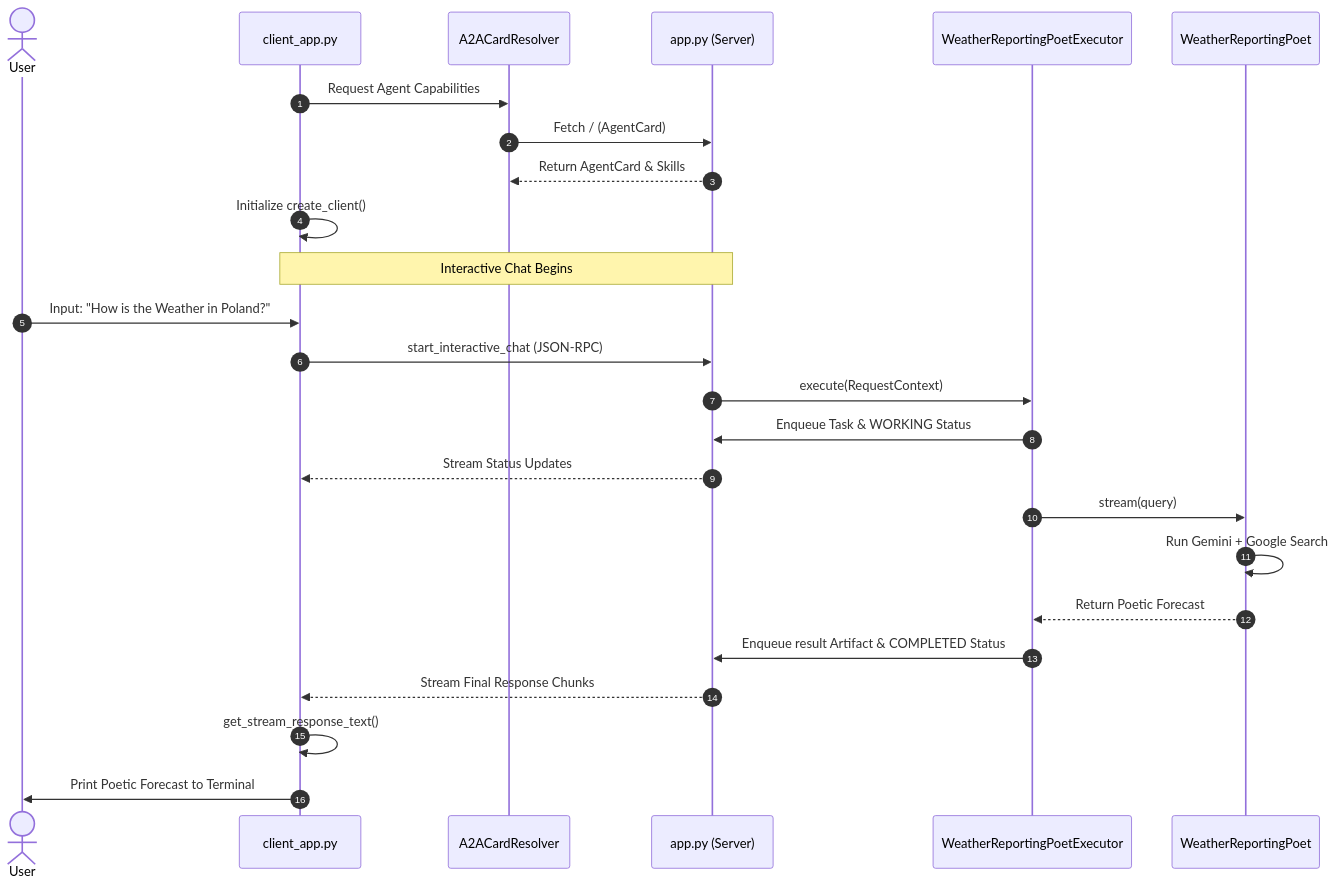
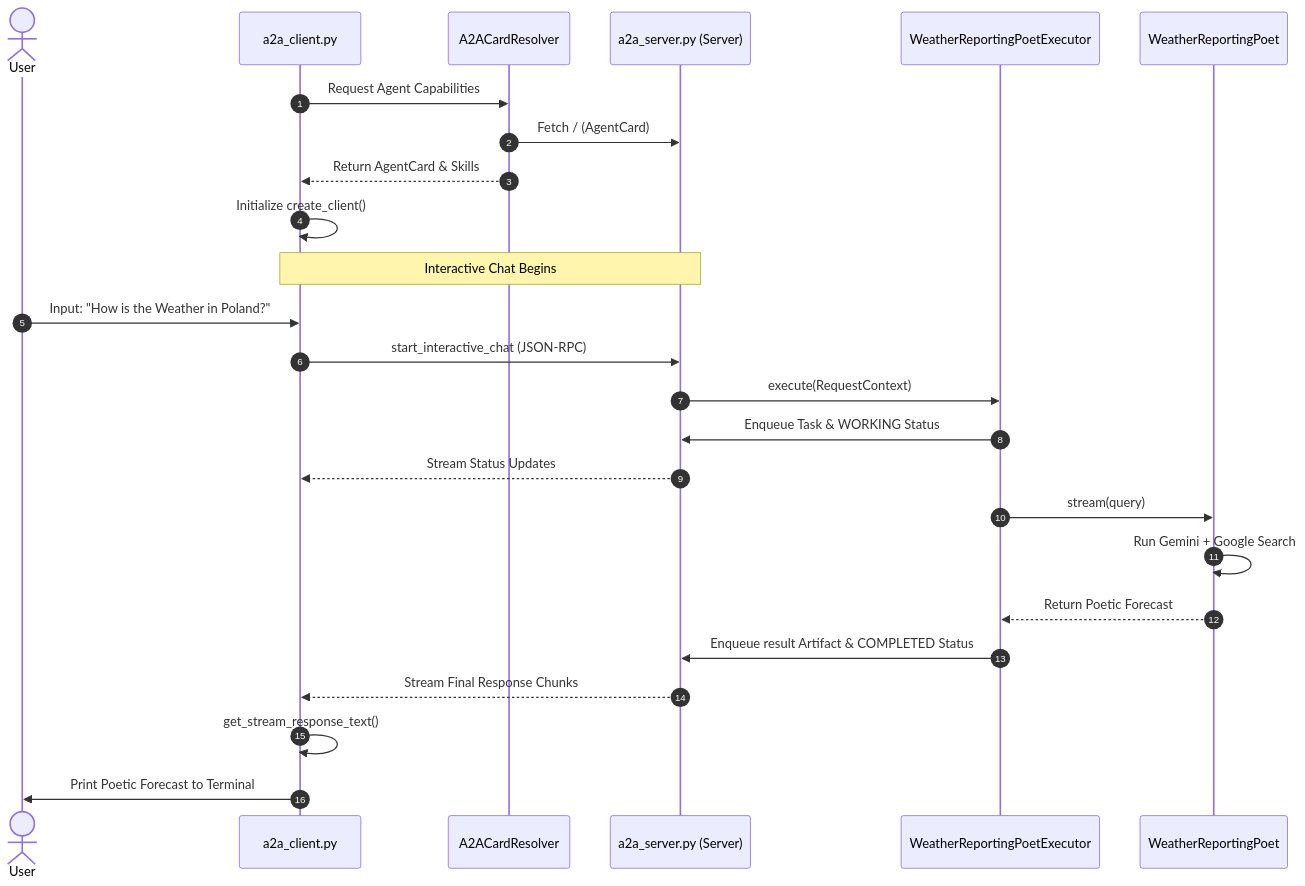
Before and after one commit to a2aproject/a2a-samples: the diagram in samples/python/agents/get_started/README.md, drawn with Mermaid. The commit also changed other lines of this file and 8 other files, not shown here.

Commit message:
feat: introduce A2A coding standards, update VS Code settings, and add support for agent card visualization and technical writing skills.

````diff
--- a/samples/python/agents/get_started/README.md
+++ b/samples/python/agents/get_started/README.md
@@ -35,34 +35,34 @@
 ```mermaid
 sequenceDiagram
     autonumber
     actor User
-    participant Client as client_app.py
+    participant Client as a2a_client.py
     participant Resolver as A2ACardResolver
-    participant Server as app.py (Server)
+    participant Server as a2a_server.py (Server)
     participant Executor as WeatherReportingPoetExecutor
     participant Agent as WeatherReportingPoet
 
     Client->>Resolver: Request Agent Capabilities
     Resolver->>Server: Fetch / (AgentCard)
-    Server-->>Resolver: Return AgentCard & Skills
+    Resolver-->>Client: Return AgentCard & Skills
     Client->>Client: Initialize create_client()
     
     Note over Client,Server: Interactive Chat Begins
     
     User->>Client: Input: "How is the Weather in Poland?"
     Client->>Server: start_interactive_chat (JSON-RPC)
     Server->>Executor: execute(RequestContext)
     
     Executor->>Server: Enqueue Task & WORKING Status
     Server-->>Client: Stream Status Updates
     
     Executor->>Agent: stream(query)
     Agent->>Agent: Run Gemini + Google Search
     Agent-->>Executor: Return Poetic Forecast
     
     Executor->>Server: Enqueue result Artifact & COMPLETED Status
     Server-->>Client: Stream Final Response Chunks
     
     Client->>Client: get_stream_response_text()
     Client->>User: Print Poetic Forecast to Terminal
 ```
````
